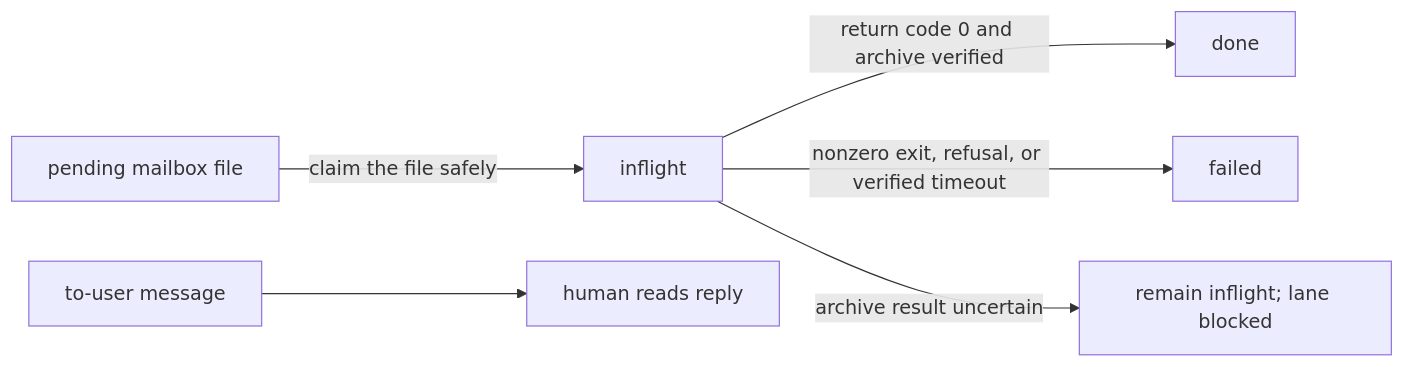
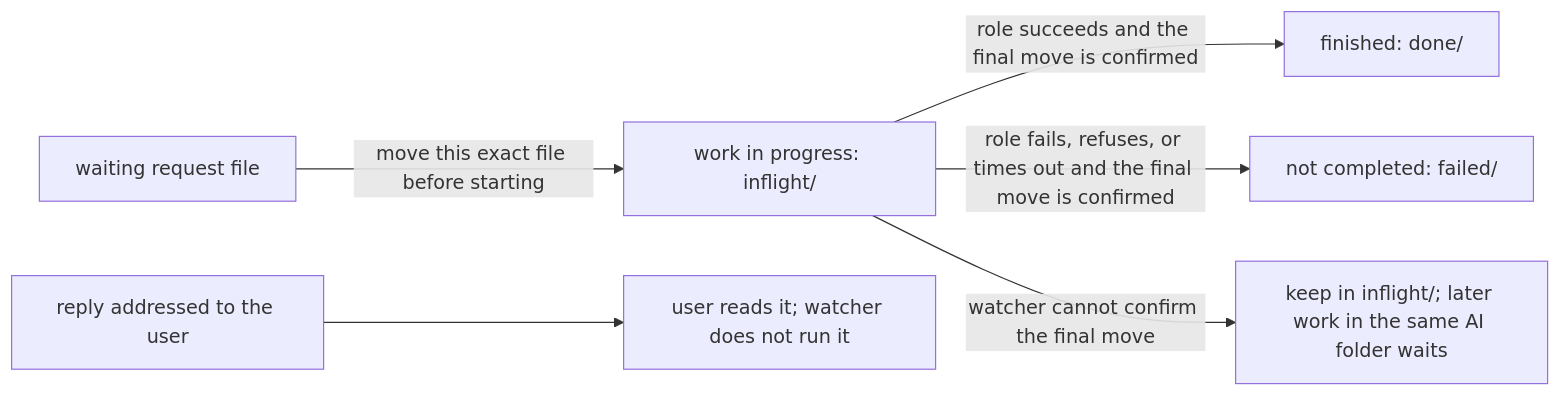
One commit to SBU-COSMOLIKE/emulators_code_v2 changed the third of 6 diagrams in ai/README.md. Above: the diagram before and after it, drawn with Mermaid. The commit also changed other lines of this file and 18 other files, not shown here.

````diff
--- a/ai/README.md
+++ b/ai/README.md
@@ -659,8 +710,8 @@
 ```mermaid
 flowchart LR
-  P["pending mailbox file"] -->|"claim the file safely"| I["inflight"]
-  I -->|"return code 0 and archive verified"| D["done"]
-  I -->|"nonzero exit, refusal, or verified timeout"| F["failed"]
-  I -->|"archive result uncertain"| B["remain inflight; lane blocked"]
-  H["to-user message"] --> U["human reads reply"]
+  W["waiting request file"] -->|"move this exact file before starting"| I["work in progress: inflight/"]
+  I -->|"role succeeds and the final move is confirmed"| D["finished: done/"]
+  I -->|"role fails, refuses, or times out and the final move is confirmed"| F["not completed: failed/"]
+  I -->|"watcher cannot confirm the final move"| B["keep in inflight/; later work in the same AI folder waits"]
+  H["reply addressed to the user"] --> U["user reads it; watcher does not run it"]
 ```
````
